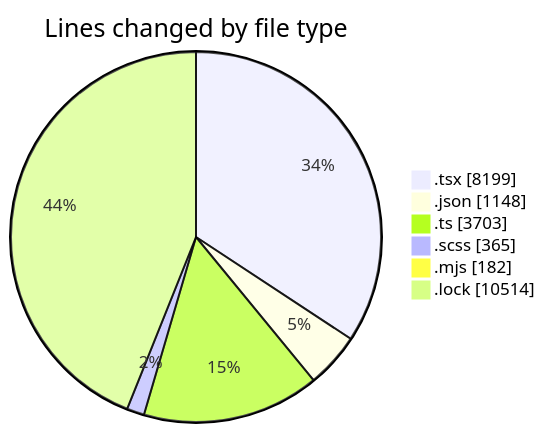
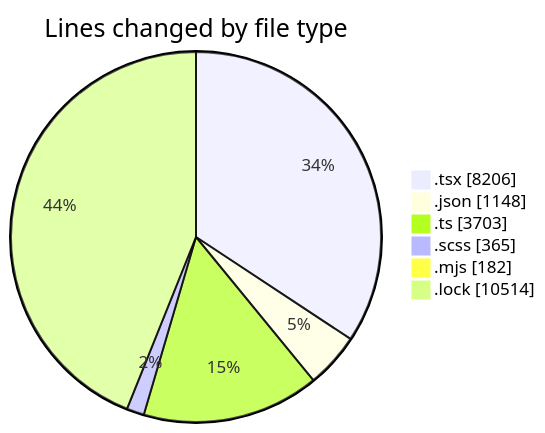
Before and after one commit to momahboobian/code-tracking: the first of 2 diagrams in 2026-05-12/cda/README.md, drawn with Mermaid. The commit also changed other lines of this file and 1 other file, not shown here.

````diff
--- a/2026-05-12/cda/README.md
+++ b/2026-05-12/cda/README.md
@@ -52,10 +52,10 @@
 ```mermaid
 pie showData
 title Lines changed by file type
-".tsx" : 8199
+".tsx" : 8206
 ".json" : 1148
 ".ts" : 3703
 ".scss" : 365
 ".mjs" : 182
 ".lock" : 10514
 ```
````
